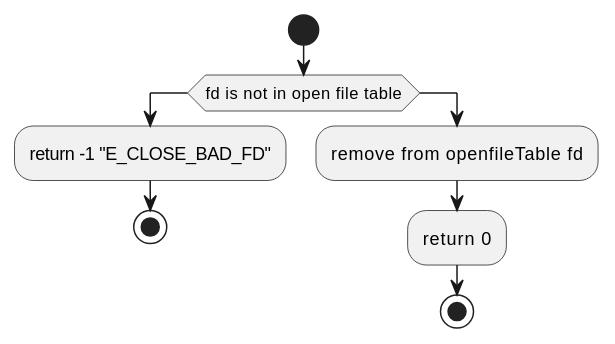
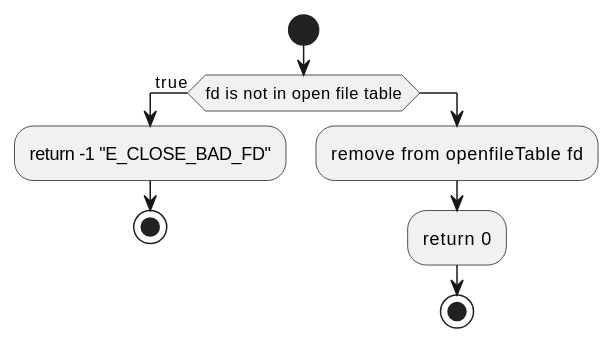
One commit to HawaiinPizza/CIS-450-final-project changed diagram 11 of 21 in Plan.org. Above: the diagram before and after it, drawn with PlantUML. The commit also changed other lines of this file and 26 other files, not shown here.

```diff
--- a/Plan.org
+++ b/Plan.org
@@ -587,13 +523,13 @@
      #+BEGIN_SRC plantuml  :file Plant/FileClose.png
      start
-	if(fd is not in open file table)
+	if(fd is not in open file table)  then (true)
 		:return -1 "E_CLOSE_BAD_FD";
 		stop
 	else
 		:remove from openfileTable fd;
 		:return 0;
 		stop
 		
 	endif
 	@enduml
      #+END_SRC
```
